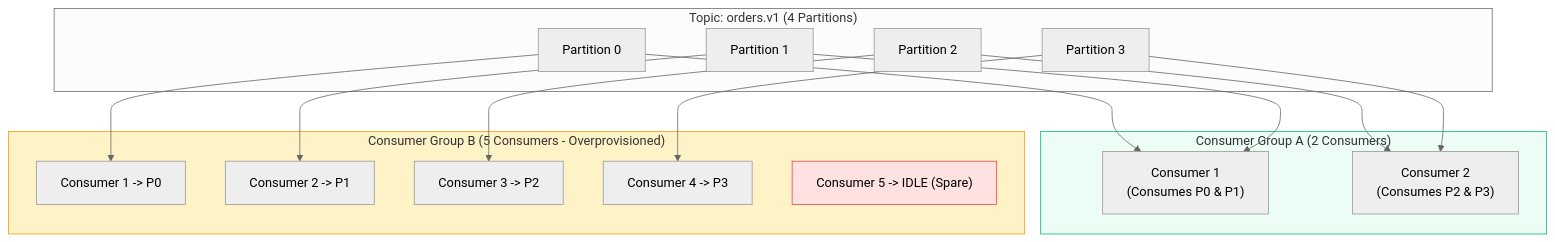
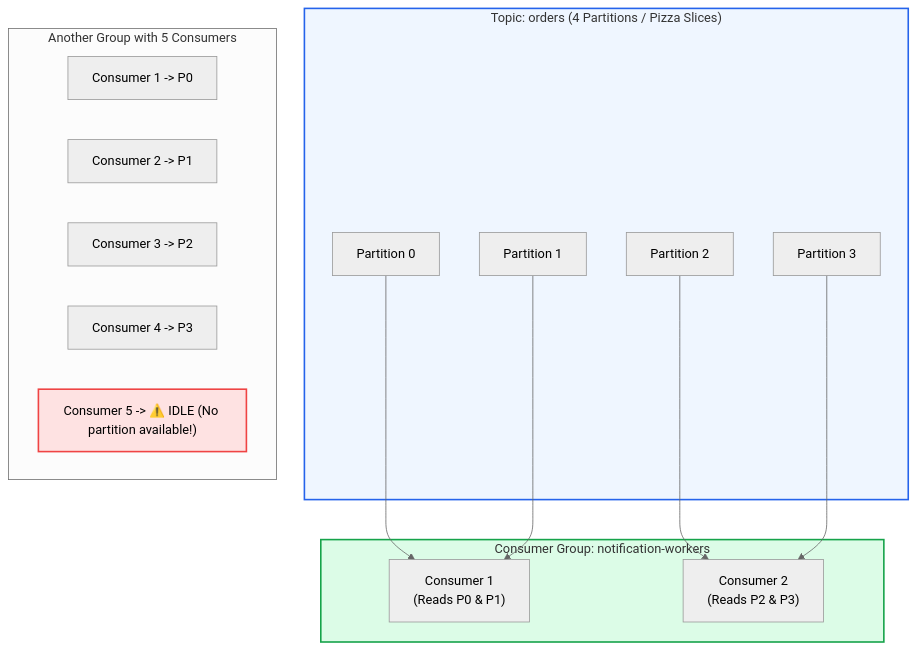
The first of 2 diagrams in 03-Apache-Kafka/03-Consumer-Groups-Rebalance-and-Offsets.md (PandeyKishan/Study-Notes), drawn with Mermaid (neutral theme) before and after one commit. The commit also changed other lines of this file and 20 other files, not shown here.

````diff
--- a/03-Apache-Kafka/03-Consumer-Groups-Rebalance-and-Offsets.md
+++ b/03-Apache-Kafka/03-Consumer-Groups-Rebalance-and-Offsets.md
@@ -15,36 +26,31 @@
 ```mermaid
 flowchart TD
-    subgraph Topic_Partitions["Topic: orders.v1 (4 Partitions)"]
+    subgraph Topic["Topic: orders (4 Partitions / Pizza Slices)"]
         P0["Partition 0"]
         P1["Partition 1"]
         P2["Partition 2"]
         P3["Partition 3"]
     end
 
-    subgraph Consumer_Group_A["Consumer Group A (2 Consumers)"]
-        CA1["Consumer 1\n(Consumes P0 & P1)"]
-        CA2["Consumer 2\n(Consumes P2 & P3)"]
+    subgraph Consumer_Group["Consumer Group: notification-workers"]
+        C1["Consumer 1\n(Reads P0 & P1)"]
+        C2["Consumer 2\n(Reads P2 & P3)"]
     end
 
-    subgraph Consumer_Group_B["Consumer Group B (5 Consumers - Overprovisioned)"]
-        CB1["Consumer 1 -> P0"]
-        CB2["Consumer 2 -> P1"]
-        CB3["Consumer 3 -> P2"]
-        CB4["Consumer 4 -> P3"]
-        CB5["Consumer 5 -> IDLE (Spare)"]
+    subgraph Overprovisioned_Group["Another Group with 5 Consumers"]
+        O1["Consumer 1 -> P0"]
+        O2["Consumer 2 -> P1"]
+        O3["Consumer 3 -> P2"]
+        O4["Consumer 4 -> P3"]
+        O5["Consumer 5 -> ⚠️ IDLE (No partition available!)"]
     end
 
-    P0 --> CA1
-    P1 --> CA1
-    P2 --> CA2
-    P3 --> CA2
+    P0 --> C1
+    P1 --> C1
+    P2 --> C2
+    P3 --> C2
 
-    P0 --> CB1
-    P1 --> CB2
-    P2 --> CB3
-    P3 --> CB4
-
-    style Consumer_Group_A fill:#ecfdf5,stroke:#10b981,stroke-width:1px
-    style Consumer_Group_B fill:#fef3c7,stroke:#f59e0b,stroke-width:1px
-    style CB5 fill:#fee2e2,stroke:#ef4444,stroke-width:1px
+    style Topic fill:#eff6ff,stroke:#2563eb,stroke-width:2px
+    style Consumer_Group fill:#dcfce7,stroke:#16a34a,stroke-width:2px
+    style O5 fill:#fee2e2,stroke:#ef4444,stroke-width:2px
 ```
````
